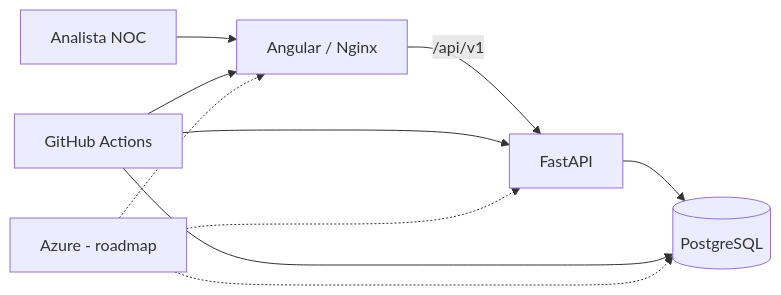
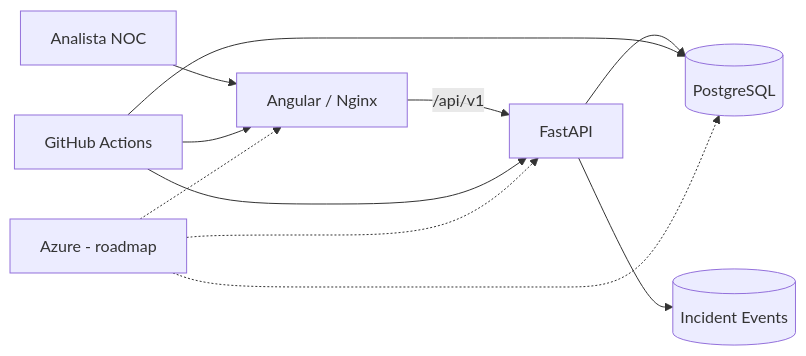
One commit to MSsanto/P0-NOC-Flow-Cloud-v2- changed the diagram in README.md. Above: the diagram before and after it, drawn with Mermaid. The commit also changed other lines of this file, not shown here.

````diff
--- a/README.md
+++ b/README.md
@@ -149,12 +189,13 @@
 ```mermaid
 flowchart LR
     U[Analista NOC] --> WEB[Angular / Nginx]
     WEB -->|/api/v1| API[FastAPI]
     API --> DB[(PostgreSQL)]
+    API --> EVT[(Incident Events)]
     CI[GitHub Actions] --> WEB
     CI --> API
     CI --> DB
     AZ[Azure - roadmap] -.-> WEB
     AZ -.-> API
     AZ -.-> DB
 ```
````
